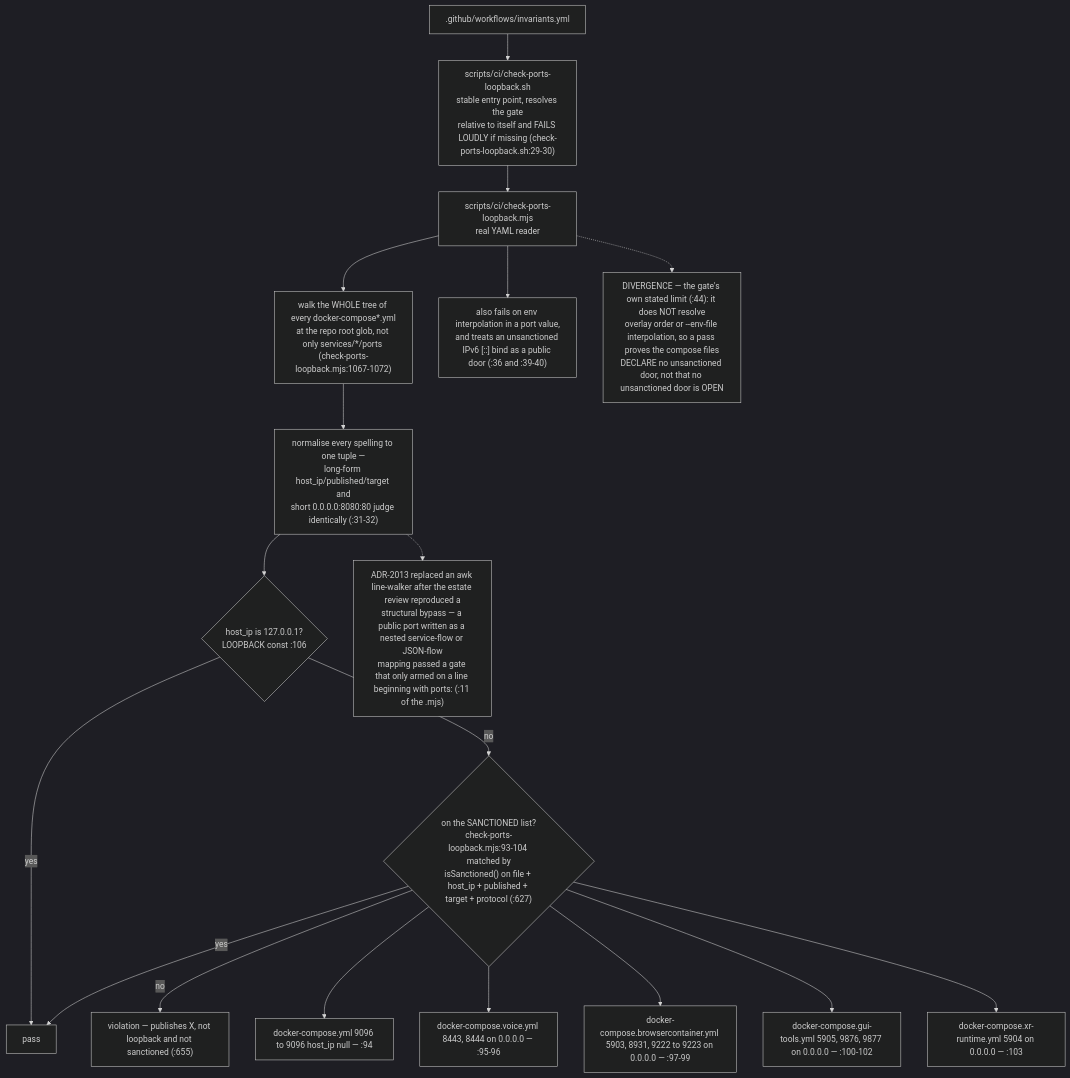
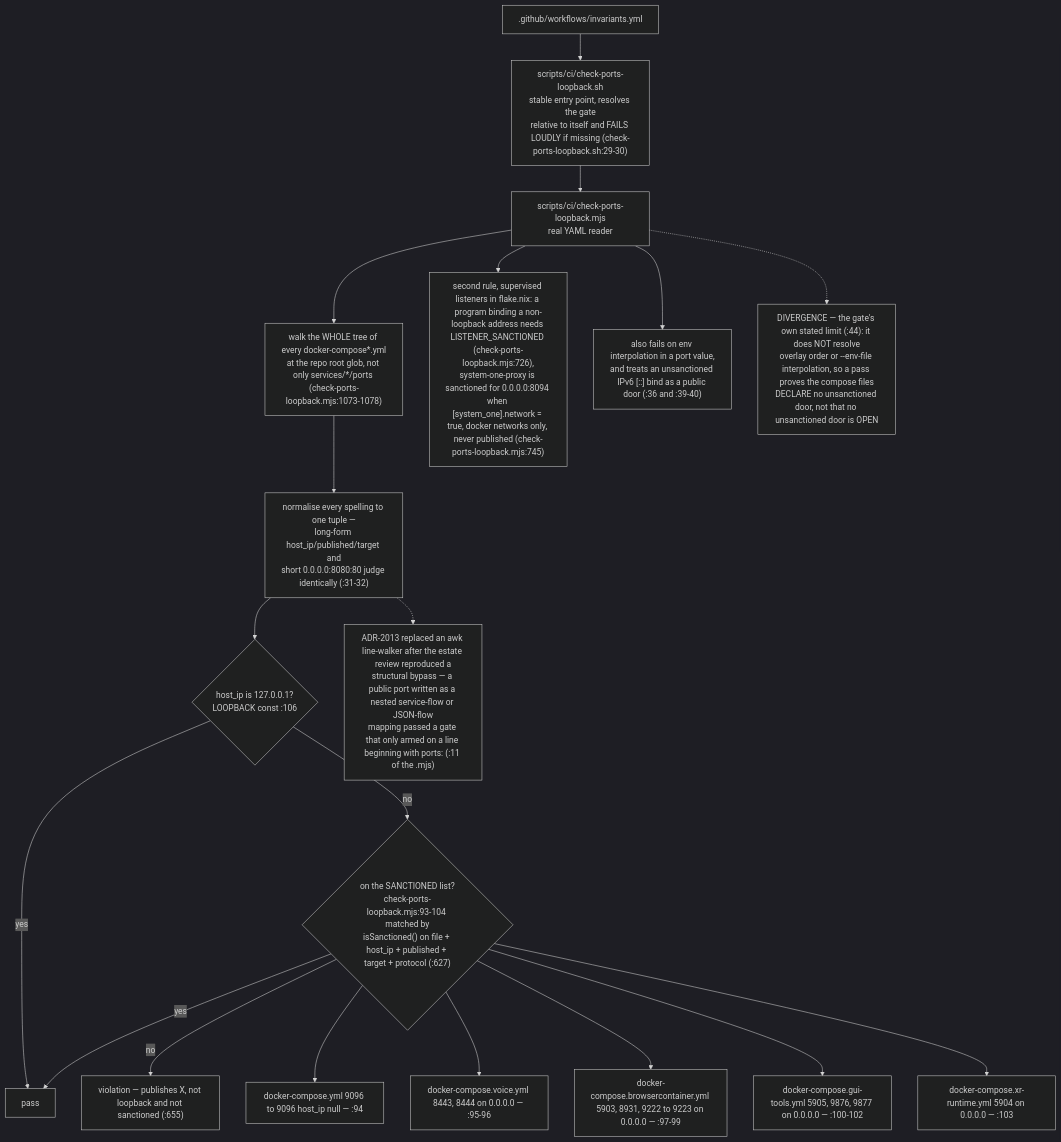
One commit to DreamLab-AI/VisionFlow changed the second of 14 diagrams in docs/diagrams/agentbox/06-sidecars-and-compose-overlays.md. Above: the diagram before and after it, drawn with Mermaid (dark theme). The commit also changed other lines of this file and 142 other files, not shown here.

First line of the commit message:
docs(diagrams): one System One route; re-verify 140 topics at today's heads

````diff
--- a/docs/diagrams/agentbox/06-sidecars-and-compose-overlays.md
+++ b/docs/diagrams/agentbox/06-sidecars-and-compose-overlays.md
@@ -91,20 +93,21 @@
 ```mermaid
 flowchart TD
     CI[".github/workflows/invariants.yml"] --> W["scripts/ci/check-ports-loopback.sh<br/>stable entry point, resolves the gate<br/>relative to itself and FAILS LOUDLY if missing (check-ports-loopback.sh:29-30)"]
     W --> G["scripts/ci/check-ports-loopback.mjs<br/>real YAML reader"]
-    G --> WALK["walk the WHOLE tree of every docker-compose*.yml<br/>at the repo root glob, not only services/*/ports (check-ports-loopback.mjs:1067-1072)"]
+    G --> WALK["walk the WHOLE tree of every docker-compose*.yml<br/>at the repo root glob, not only services/*/ports (check-ports-loopback.mjs:1073-1078)"]
     WALK --> NORM["normalise every spelling to one tuple —<br/>long-form host_ip/published/target and<br/>short 0.0.0.0:8080:80 judge identically (:31-32)"]
     NORM --> J{"host_ip is 127.0.0.1?<br/>LOOPBACK const :106"}
     J -->|yes| PASS["pass"]
     J -->|no| S{"on the SANCTIONED list?<br/>check-ports-loopback.mjs:93-104 matched by<br/>isSanctioned() on file + host_ip + published + target + protocol (:627)"}
     S -->|yes| PASS
     S -->|no| FAIL["violation — publishes X, not loopback and not sanctioned (:655)"]
     S --> L1["docker-compose.yml 9096 to 9096 host_ip null — :94"]
     S --> L2["docker-compose.voice.yml 8443, 8444 on 0.0.0.0 — :95-96"]
     S --> L3["docker-compose.browsercontainer.yml 5903, 8931, 9222 to 9223 on 0.0.0.0 — :97-99"]
     S --> L4["docker-compose.gui-tools.yml 5905, 9876, 9877 on 0.0.0.0 — :100-102"]
     S --> L5["docker-compose.xr-runtime.yml 5904 on 0.0.0.0 — :103"]
+    G --> LST["second rule, supervised listeners in flake.nix: a program binding a non-loopback address needs LISTENER_SANCTIONED (check-ports-loopback.mjs:726),<br/>system-one-proxy is sanctioned for 0.0.0.0:8094 when [system_one].network = true, docker networks only, never published (check-ports-loopback.mjs:745)"]
     G --> ALSO["also fails on env interpolation in a port value,<br/>and treats an unsanctioned IPv6 [::] bind as a public door (:36 and :39-40)"]
     G -.-> LIM["DIVERGENCE — the gate's own stated limit (:44): it does NOT resolve<br/>overlay order or --env-file interpolation, so a pass proves the compose files<br/>DECLARE no unsanctioned door, not that no unsanctioned door is OPEN"]
     NORM -.-> HIST["ADR-2013 replaced an awk line-walker after the estate review reproduced a<br/>structural bypass — a public port written as a nested service-flow or JSON-flow<br/>mapping passed a gate that only armed on a line beginning with ports: (:11 of the .mjs)"]
 ```
````
